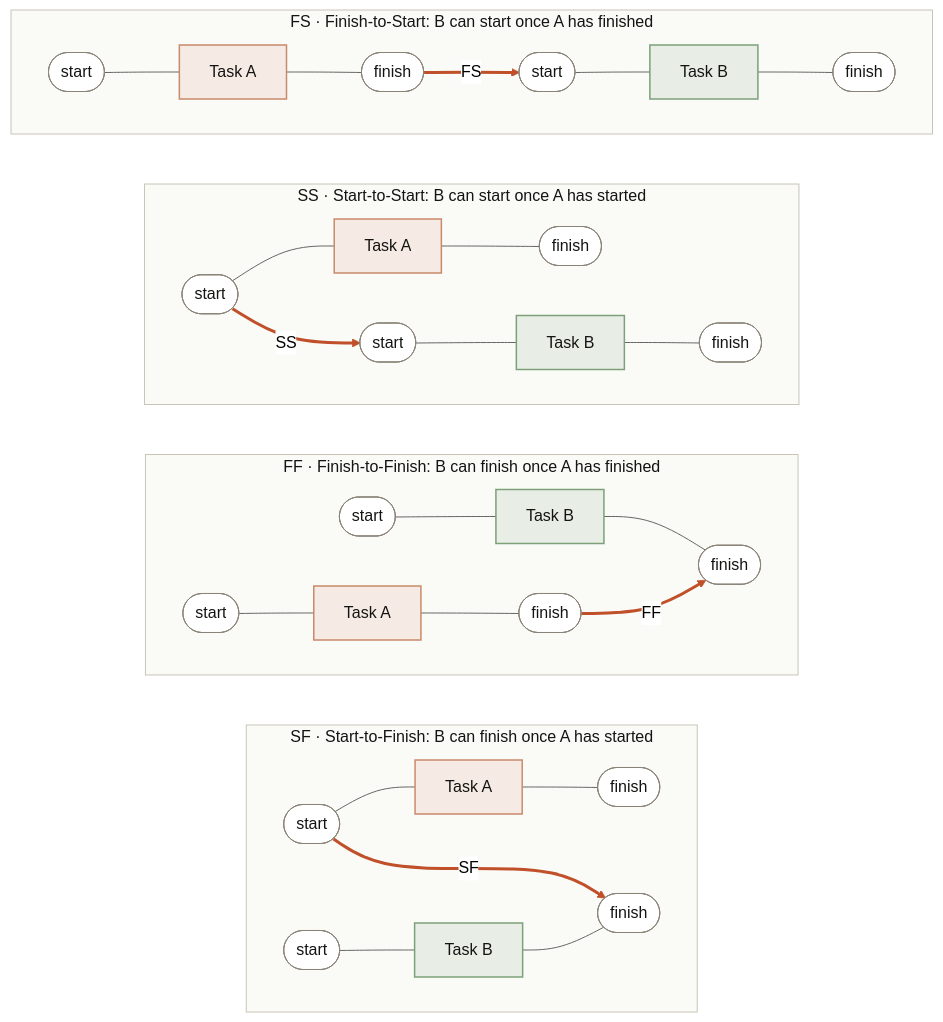
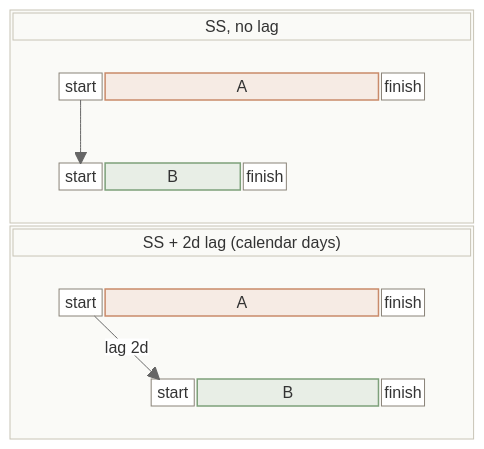
One commit to TruePPM/trueppm changed the second of 4 diagrams in packages/website/src/content/docs/features/scheduler.md. Above: the diagram before and after it, drawn with Mermaid (neutral theme). The commit also changed other lines of this file and 1 other file, not shown here.

First line of the commit message:
docs(scheduler): align dependency-type bars in time, add a lag example and text alternative (#4886)

````diff
--- a/packages/website/src/content/docs/features/scheduler.md
+++ b/packages/website/src/content/docs/features/scheduler.md
@@ -48,38 +112,39 @@
 ```mermaid
-flowchart TB
-    subgraph FS["FS · Finish-to-Start: B can start once A has finished"]
-        direction LR
-        fsa1(["start"]):::pt --- fsa["Task A"]:::ta --- fsa2(["finish"]):::pt
-        fsb1(["start"]):::pt --- fsb["Task B"]:::tb --- fsb2(["finish"]):::pt
-        fsa2 ==>|"FS"| fsb1
+%%{init: {"block": {"padding": 3}}}%%
+block-beta
+    columns 1
+    block:a
+        columns 10
+        aT["SS, no lag"]:10
+        space:10
+        space:1 aAs["start"]:1 aAm["A"]:6 aAf["finish"]:1 space:1
+        space:10
+        space:10
+        space:1 aBs["start"]:1 aBm["B"]:3 aBf["finish"]:1 space:3 space:1
+        space:10
     end
-    subgraph SS["SS · Start-to-Start: B can start once A has started"]
-        direction LR
-        ssa1(["start"]):::pt --- ssa["Task A"]:::ta --- ssa2(["finish"]):::pt
-        ssb1(["start"]):::pt --- ssb["Task B"]:::tb --- ssb2(["finish"]):::pt
-        ssa1 ==>|"SS"| ssb1
-    end
-    subgraph FF["FF · Finish-to-Finish: B can finish once A has finished"]
-        direction LR
-        ffa1(["start"]):::pt --- ffa["Task A"]:::ta --- ffa2(["finish"]):::pt
-        ffb1(["start"]):::pt --- ffb["Task B"]:::tb --- ffb2(["finish"]):::pt
-        ffa2 ==>|"FF"| ffb2
-    end
-    subgraph SF["SF · Start-to-Finish: B can finish once A has started"]
-        direction LR
-        sfa1(["start"]):::pt --- sfa["Task A"]:::ta --- sfa2(["finish"]):::pt
-        sfb1(["start"]):::pt --- sfb["Task B"]:::tb --- sfb2(["finish"]):::pt
-        sfa1 ==>|"SF"| sfb2
+    block:b
+        columns 10
+        bT["SS + 2d lag (calendar days)"]:10
+        space:10
+        space:1 bAs["start"]:1 bAm["A"]:6 bAf["finish"]:1 space:1
+        space:10
+        space:10
+        space:1 space:2 bBs["start"]:1 bBm["B"]:4 bBf["finish"]:1 space:1
+        space:10
     end
 
-    FS ~~~ SS ~~~ FF ~~~ SF
+    aAs --> aBs
+    bAs -- "lag 2d" --> bBs
 
+    classDef pt fill:#ffffff,stroke:#8a8378,color:#141413
+    classDef ttl fill:#fafaf7,stroke:#c8c4b6,color:#141413
     classDef ta fill:#f6ebe4,stroke:#c98a6a,stroke-width:1.5px,color:#141413
     classDef tb fill:#e8eee6,stroke:#7da07a,stroke-width:1.5px,color:#141413
-    classDef pt fill:#ffffff,stroke:#8a8378,color:#141413
-    linkStyle 4,9,14,19 stroke:#c0502a,stroke-width:3px
-    style FS fill:#fafaf7,stroke:#c8c4b6,color:#141413
-    style SS fill:#fafaf7,stroke:#c8c4b6,color:#141413
-    style FF fill:#fafaf7,stroke:#c8c4b6,color:#141413
-    style SF fill:#fafaf7,stroke:#c8c4b6,color:#141413
+    class aAs,aAf,aBs,aBf,bAs,bAf,bBs,bBf pt
+    class aAm,bAm ta
+    class aBm,bBm tb
+    class aT,bT ttl
+    style a fill:#fafaf7,stroke:#c8c4b6,color:#141413
+    style b fill:#fafaf7,stroke:#c8c4b6,color:#141413
 ```
````
